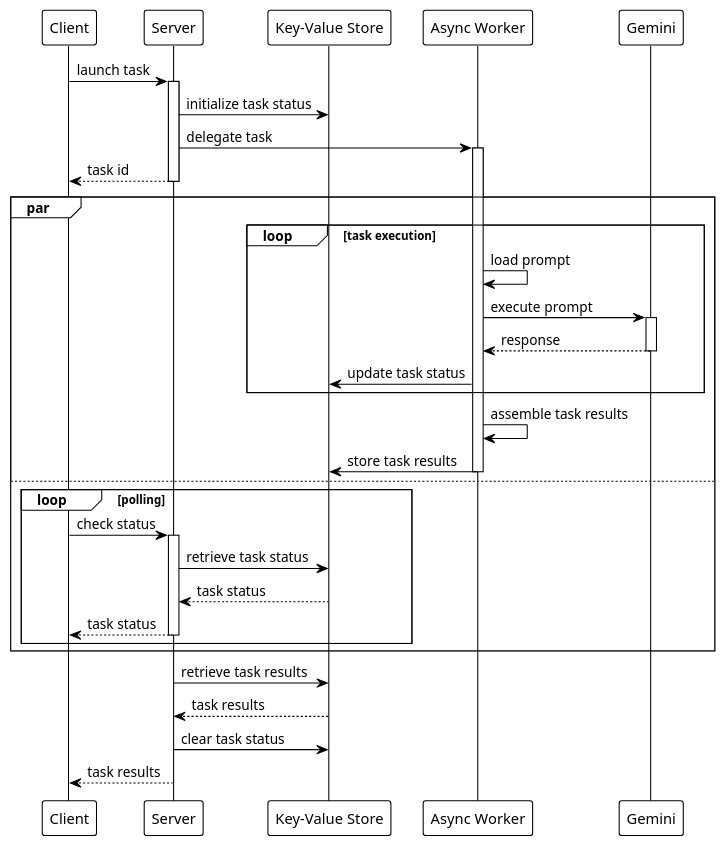
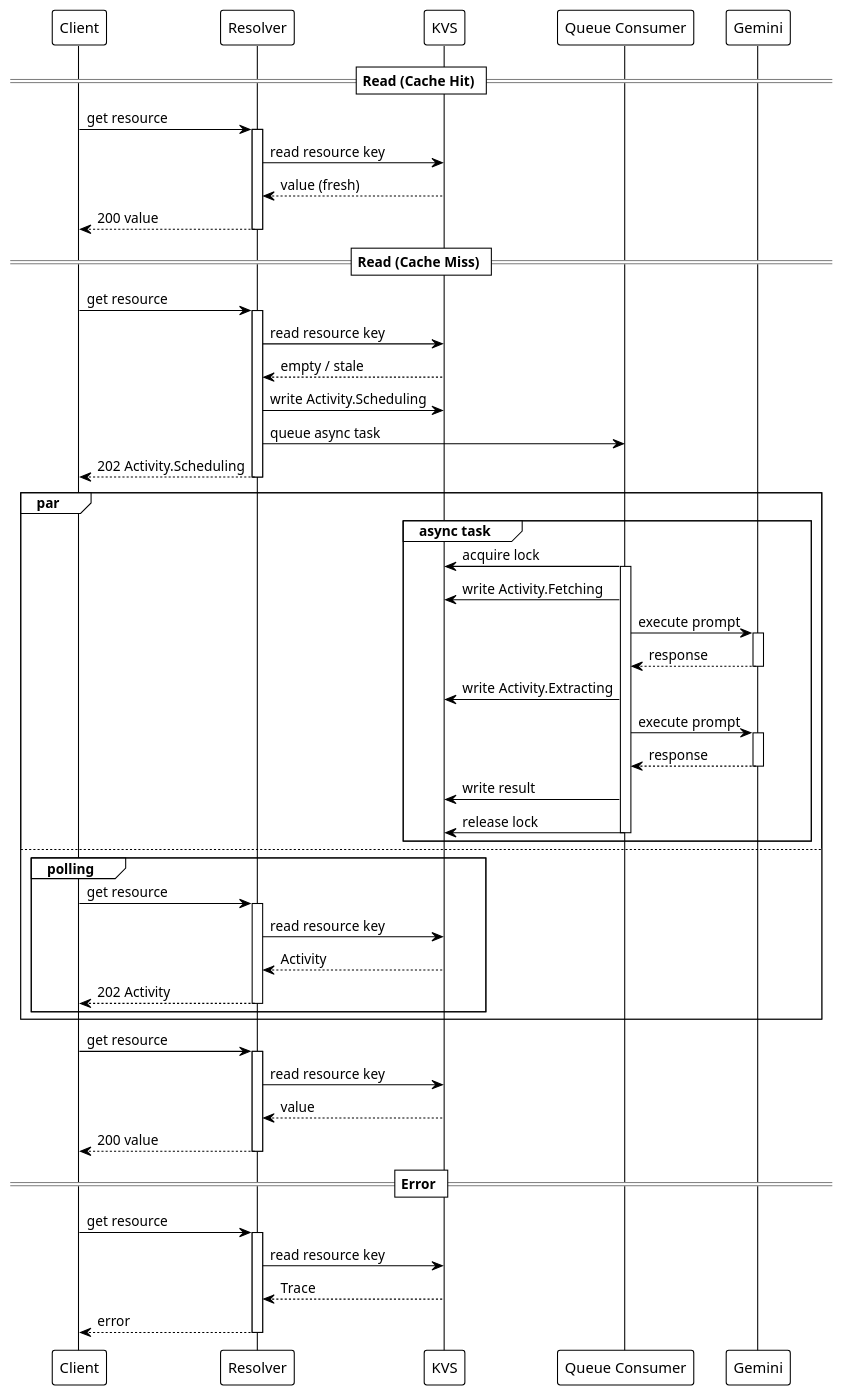
One commit to ec2u/phds changed the diagram in docs/blueprints/workflow.puml. Above: the diagram before and after it, drawn with PlantUML. The commit also changed 61 other files, not shown here.

```diff
--- a/docs/blueprints/workflow.puml
+++ b/docs/blueprints/workflow.puml
@@ -1,47 +1,82 @@
 @startuml EC2U PhD Agreements Tool Flow
 !theme plain
 
 participant "Client" as client
-participant "Server" as server
-participant "Key-Value Store" as store
-participant "Async Worker" as worker
+participant "Resolver" as resolver
+participant "KVS" as kvs
+participant "Queue Consumer" as consumer
 participant "Gemini" as gemini
 
-client -> server: launch task
-activate server
-server -> store: initialize task status
-server -> worker: delegate task
-activate worker
-server --> client: task id
-deactivate server
+== Read (Cache Hit) ==
+
+client -> resolver: get resource
+activate resolver
+resolver -> kvs: read resource key
+kvs --> resolver: value (fresh)
+resolver --> client: 200 value
+deactivate resolver
+
+== Read (Cache Miss) ==
+
+client -> resolver: get resource
+activate resolver
+resolver -> kvs: read resource key
+kvs --> resolver: empty / stale
+resolver -> kvs: write Activity.Scheduling
+resolver -> consumer: queue async task
+resolver --> client: 202 Activity.Scheduling
+deactivate resolver
 
 par
-    group loop [task execution]
-        worker -> worker: load prompt
-        worker -> gemini: execute prompt
+
+    group async task
+        consumer -> kvs: acquire lock
+        activate consumer
+
+        consumer -> kvs: write Activity.Fetching
+        consumer -> gemini: execute prompt
         activate gemini
-        gemini --> worker: response
+        gemini --> consumer: response
         deactivate gemini
-        worker -> store: update task status
+
+        consumer -> kvs: write Activity.Extracting
+        consumer -> gemini: execute prompt
+        activate gemini
+        gemini --> consumer: response
+        deactivate gemini
+
+        consumer -> kvs: write result
+        consumer -> kvs: release lock
+        deactivate consumer
     end
-    worker -> worker: assemble task results
-    worker -> store: store task results
-    deactivate worker
+
 else
-    group loop [polling]
-        client -> server: check status
-        activate server
-        server -> store: retrieve task status
-        store --> server: task status
-        server --> client: task status
-        deactivate server
+
+    group polling
+        client -> resolver: get resource
+        activate resolver
+        resolver -> kvs: read resource key
+        kvs --> resolver: Activity
+        resolver --> client: 202 Activity
+        deactivate resolver
     end
 
 end
-activate server
-server -> store: retrieve task results
-store --> server: task results
-server -> store: clear task status
-server --> client: task results
+
+client -> resolver: get resource
+activate resolver
+resolver -> kvs: read resource key
+kvs --> resolver: value
+resolver --> client: 200 value
+deactivate resolver
+
+== Error ==
+
+client -> resolver: get resource
+activate resolver
+resolver -> kvs: read resource key
+kvs --> resolver: Trace
+resolver --> client: error
+deactivate resolver
 
 @enduml
```
